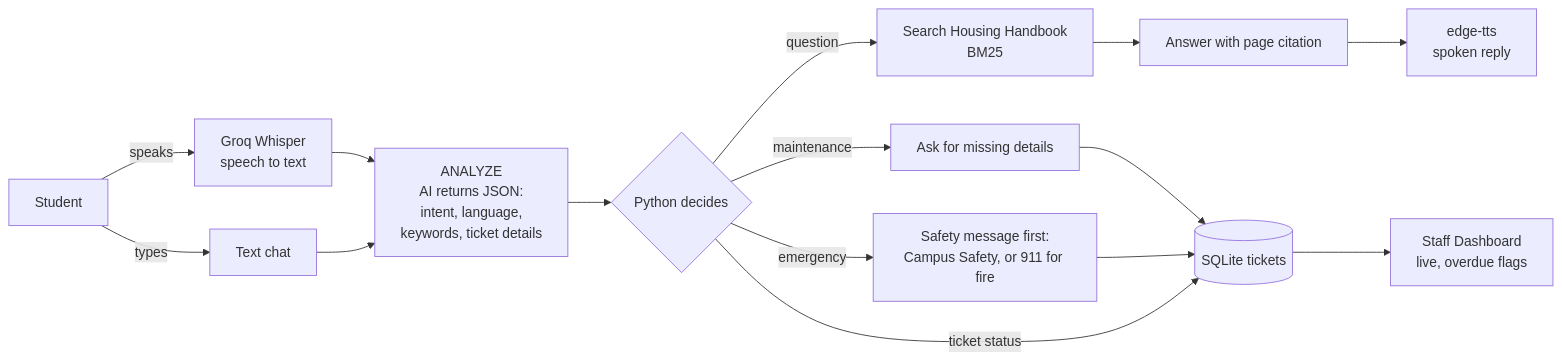
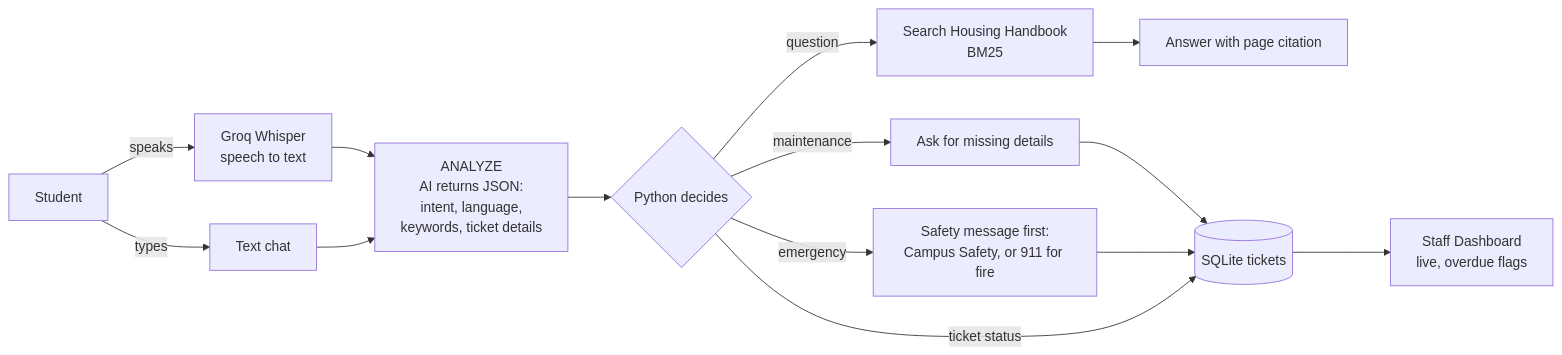
Before and after one commit to SenseiX619/avila-housing-assistant: the diagram in README.md, drawn with Mermaid. The commit also changed other lines of this file, not shown here.

````diff
--- a/README.md
+++ b/README.md
@@ -21,14 +21,13 @@
 ```mermaid
 flowchart LR
     S[Student] -->|types| T[Text chat]
     S -->|speaks| W[Groq Whisper<br/>speech to text]
     W --> A
     T --> A[ANALYZE<br/>AI returns JSON:<br/>intent, language,<br/>keywords, ticket details]
     A --> D{Python decides}
     D -->|question| K[Search Housing Handbook<br/>BM25] --> Ans[Answer with page citation]
     D -->|maintenance| M[Ask for missing details] --> DB[(SQLite tickets)]
     D -->|emergency| E[Safety message first:<br/>Campus Safety, or 911 for fire] --> DB
     D -->|ticket status| DB
     DB --> Dash[Staff Dashboard<br/>live, overdue flags]
-    Ans --> V[edge-tts<br/>spoken reply]
 ```
````
